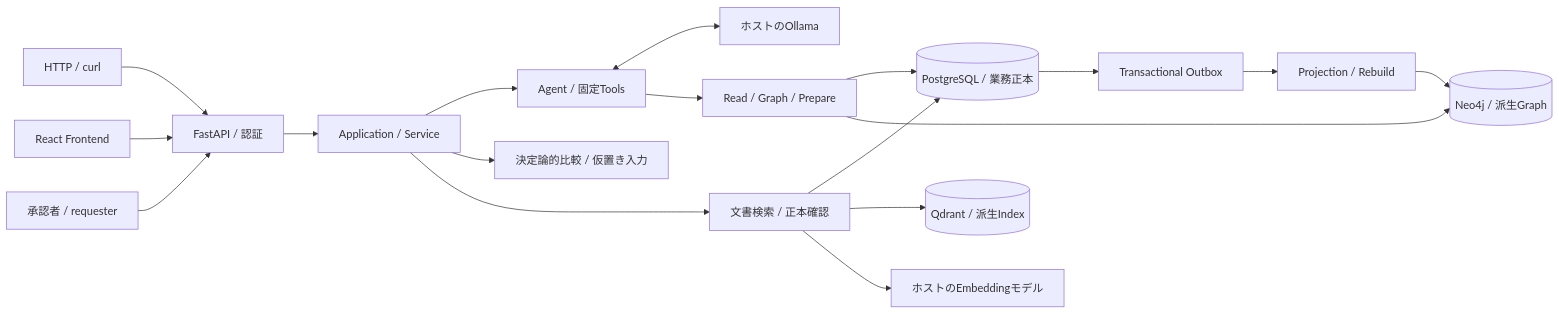
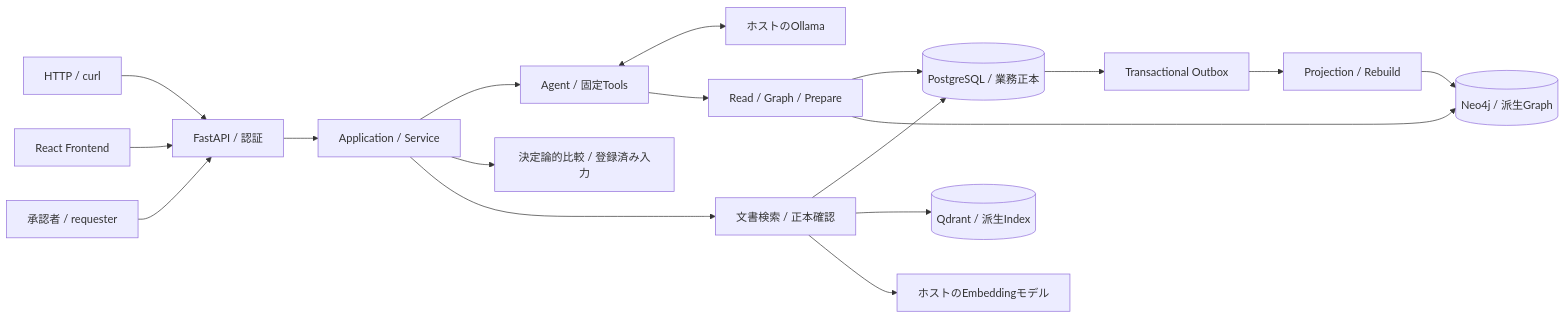
The diagram in README.md (philippos2/line-scope), drawn with Mermaid before and after one commit. The commit also changed other lines of this file and 39 other files, not shown here.

````diff
--- a/README.md
+++ b/README.md
@@ -26,20 +26,20 @@
 ```mermaid
 flowchart LR
     Curl[HTTP / curl] --> API[FastAPI / 認証]
     UI[React Frontend] --> API
     API --> App[Application / Service]
     App --> Agent[Agent / 固定Tools]
     Agent <--> LLM[ホストのOllama]
     Agent --> Tools[Read / Graph / Prepare]
     Tools --> PG[(PostgreSQL / 業務正本)]
     Tools --> Neo4j[(Neo4j / 派生Graph)]
-    App --> Comparison[決定論的比較 / 仮置き入力]
+    App --> Comparison[決定論的比較 / 登録済み入力]
     App --> RAG[文書検索 / 正本確認]
     RAG --> PG
     RAG --> Qdrant[(Qdrant / 派生Index)]
     RAG --> Embed[ホストのEmbeddingモデル]
     PG --> Outbox[Transactional Outbox]
     Outbox --> Projection[Projection / Rebuild]
     Projection --> Neo4j
     Operator[承認者 / requester] --> API
 ```
````
